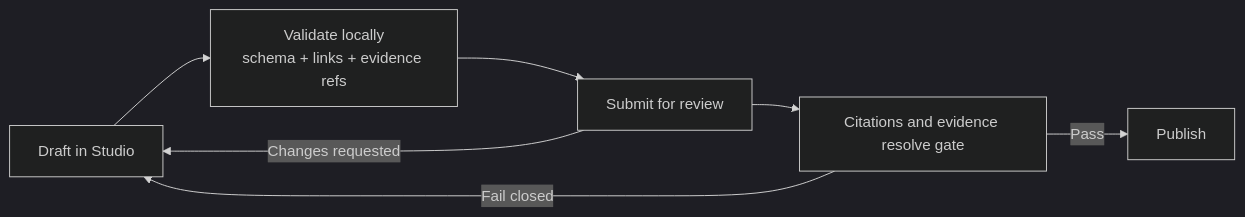
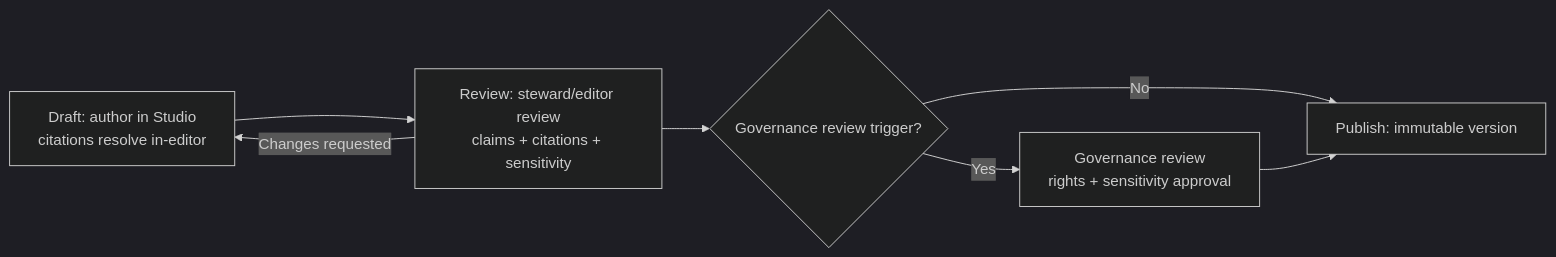
Before and after one commit to bartytime4life/Kansas-Frontier-Matrix: the first of 2 diagrams in apps/studio/README.md, drawn with Mermaid (dark theme). The commit also changed other lines of this file, not shown here.

First line of the commit message:
Revise README.md for KFM Studio updates

````diff
--- a/apps/studio/README.md
+++ b/apps/studio/README.md
@@ -104,9 +134,9 @@
 ```mermaid
 flowchart LR
-  A[Draft in Studio] --> B[Validate locally<br/>schema + links + evidence refs]
-  B --> C[Submit for review]
-  C -->|Changes requested| A
-  C --> D[Citations and evidence resolve gate]
-  D -->|Pass| E[Publish]
-  D -->|Fail closed| A
+  A[Draft: author in Studio<br/>citations resolve in-editor] --> B[Review: steward/editor review<br/>claims + citations + sensitivity]
+  B --> C{Governance review trigger?}
+  C -->|No| D[Publish: immutable version]
+  C -->|Yes| E[Governance review<br/>rights + sensitivity approval]
+  E --> D
+  B -->|Changes requested| A
 ```
````
